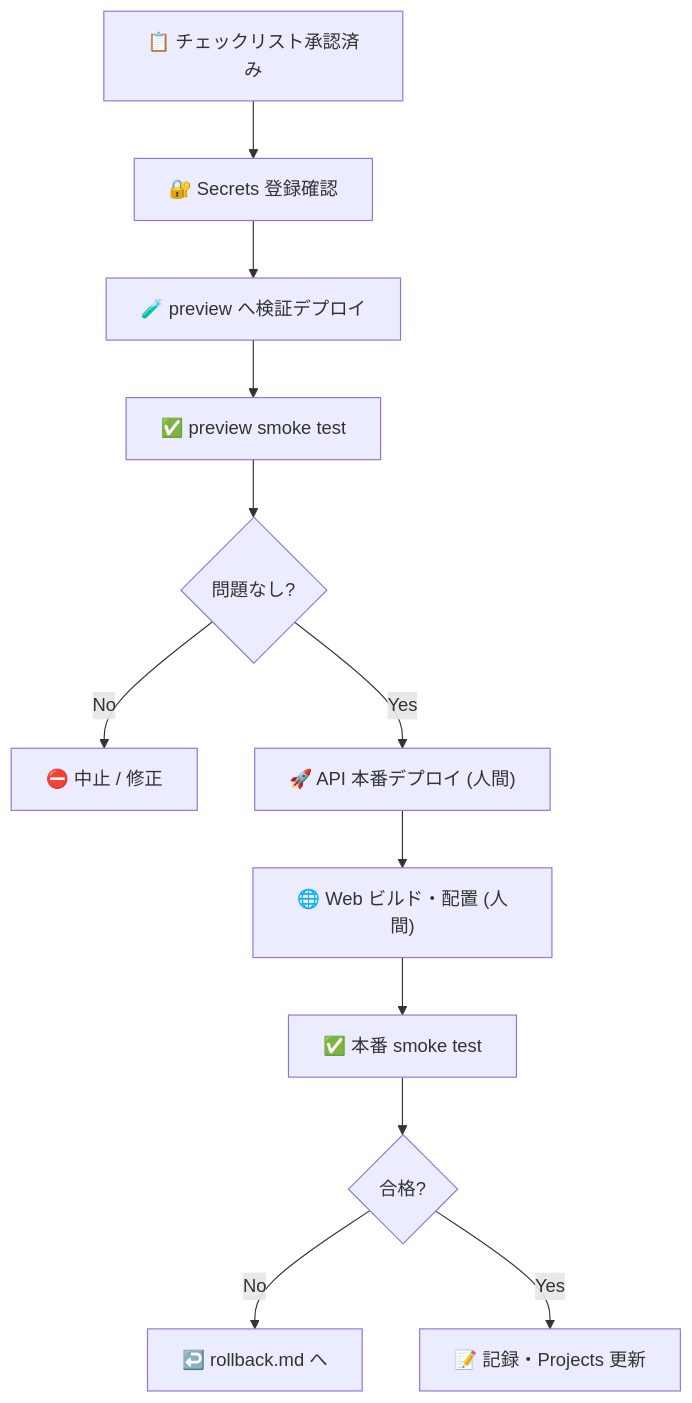
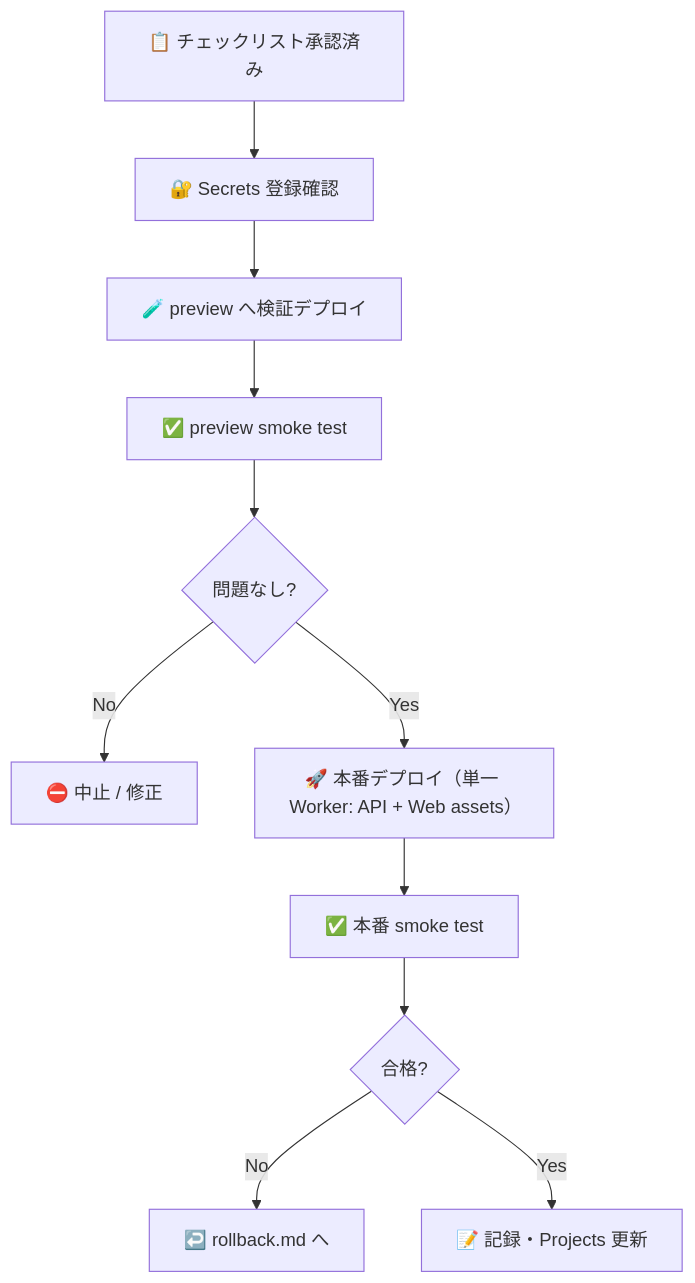
Before and after one commit to Kensan196948G/Public-Works-Stakeholder-Map: the diagram in docs/operations/deploy-runbook.md, drawn with Mermaid. The commit also changed other lines of this file and 4 other files, not shown here.

````diff
--- a/docs/operations/deploy-runbook.md
+++ b/docs/operations/deploy-runbook.md
@@ -28,14 +28,13 @@
 ```mermaid
 flowchart TB
     A["📋 チェックリスト承認済み"] --> B["🔐 Secrets 登録確認"]
     B --> C["🧪 preview へ検証デプロイ"]
     C --> D["✅ preview smoke test"]
     D --> E{"問題なし?"}
     E -->|No| Z["⛔ 中止 / 修正"]
-    E -->|Yes| F["🚀 API 本番デプロイ (人間)"]
-    F --> G["🌐 Web ビルド・配置 (人間)"]
-    G --> H["✅ 本番 smoke test"]
+    E -->|Yes| F["🚀 本番デプロイ（単一 Worker: API + Web assets）"]
+    F --> H["✅ 本番 smoke test"]
     H --> I{"合格?"}
     I -->|No| R["↩️ rollback.md へ"]
     I -->|Yes| J["📝 記録・Projects 更新"]
 ```
````
